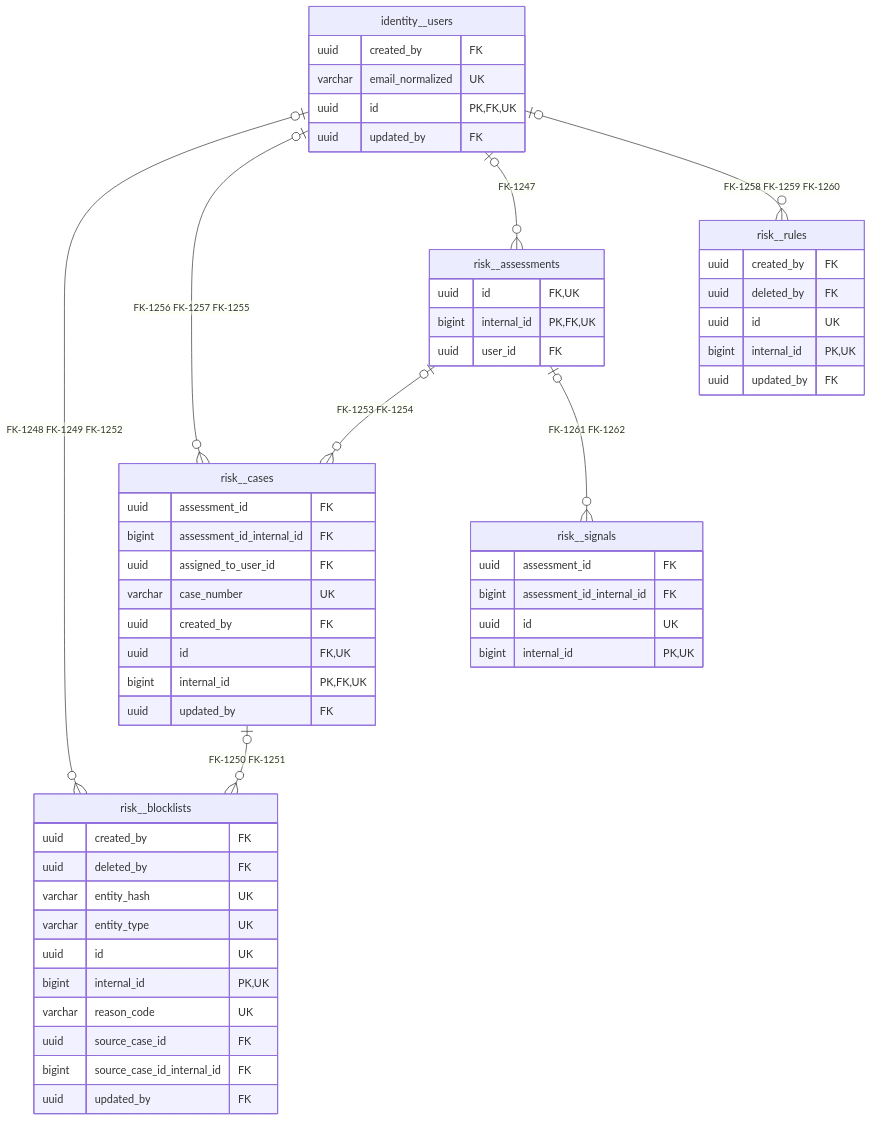
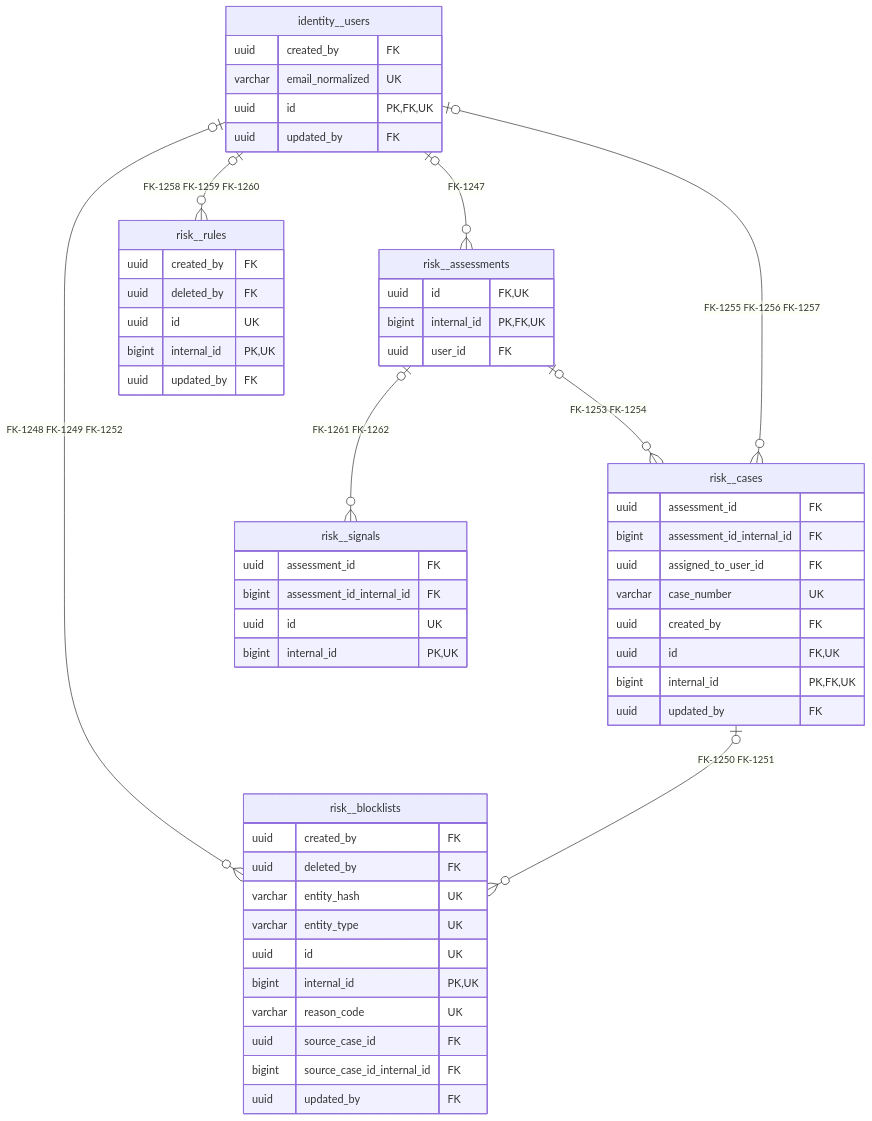
The diagram in 04-Database/ER-Diagrams/21-risk.md (shiladityamajumder/pharmville-docs), drawn with Mermaid before and after one commit. The commit also changed 661 other files, not shown here.

Commit message:
docs: consolidate validated PostgreSQL schema and reorganize Pharmville into a module-driven technical blueprint

````diff
--- a/04-Database/ER-Diagrams/21-risk.md
+++ b/04-Database/ER-Diagrams/21-risk.md
@@ -27,56 +27,56 @@
 ```mermaid
 erDiagram
     identity__users {
         uuid created_by FK
         varchar email_normalized UK
         uuid id PK, FK, UK
         uuid updated_by FK
     }
     risk__assessments {
         uuid id FK, UK
         bigint internal_id PK, FK, UK
         uuid user_id FK
     }
     risk__blocklists {
         uuid created_by FK
         uuid deleted_by FK
         varchar entity_hash UK
         varchar entity_type UK
         uuid id UK
         bigint internal_id PK, UK
         varchar reason_code UK
         uuid source_case_id FK
         bigint source_case_id_internal_id FK
         uuid updated_by FK
     }
     risk__cases {
         uuid assessment_id FK
         bigint assessment_id_internal_id FK
         uuid assigned_to_user_id FK
         varchar case_number UK
         uuid created_by FK
         uuid id FK, UK
         bigint internal_id PK, FK, UK
         uuid updated_by FK
     }
     risk__rules {
         uuid created_by FK
         uuid deleted_by FK
         uuid id UK
         bigint internal_id PK, UK
         uuid updated_by FK
     }
     risk__signals {
         uuid assessment_id FK
         bigint assessment_id_internal_id FK
         uuid id UK
         bigint internal_id PK, UK
     }
     identity__users o|--o{ risk__blocklists : "FK-1248 FK-1249 FK-1252"
     risk__cases o|--o{ risk__blocklists : "FK-1250 FK-1251"
-    identity__users o|--o{ risk__cases : "FK-1256 FK-1257 FK-1255"
     risk__assessments o|--o{ risk__cases : "FK-1253 FK-1254"
+    identity__users o|--o{ risk__cases : "FK-1255 FK-1256 FK-1257"
     identity__users o|--o{ risk__assessments : "FK-1247"
     identity__users o|--o{ risk__rules : "FK-1258 FK-1259 FK-1260"
     risk__assessments o|--o{ risk__signals : "FK-1261 FK-1262"
 ```
````
